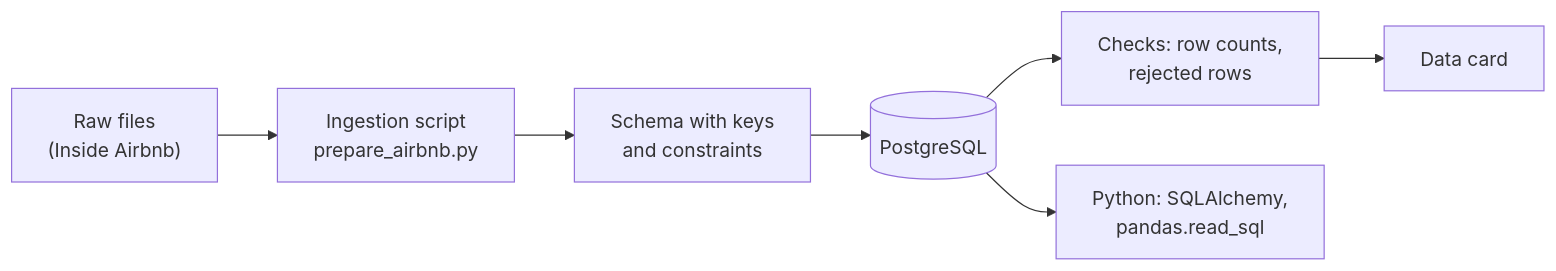
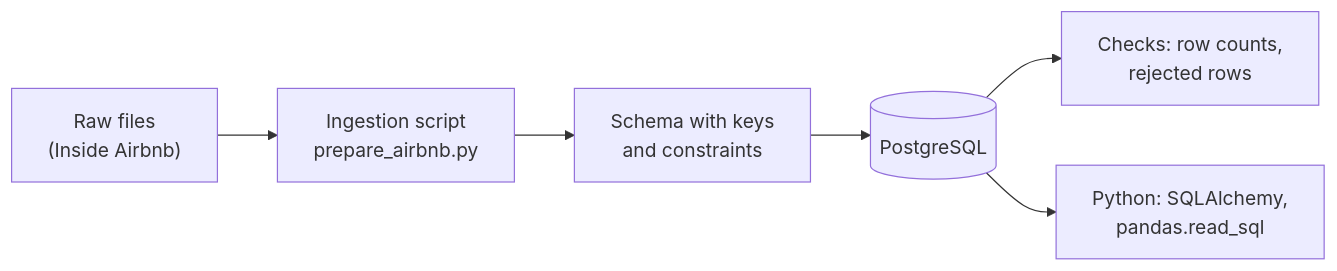
Before and after one commit to khoadaniel/statistical-programming-mpmd-htw-ws-2026: the first of 4 diagrams in sessions/03-sql-and-polars/theory/02-sql-from-python-and-ingestion.md, drawn with Mermaid. The commit also changed other lines of this file and 32 other files, not shown here.

````diff
--- a/sessions/03-sql-and-polars/theory/02-sql-from-python-and-ingestion.md
+++ b/sessions/03-sql-and-polars/theory/02-sql-from-python-and-ingestion.md
@@ -5,9 +5,8 @@
 ```mermaid
 flowchart LR
     RAW["Raw files<br/>(Inside Airbnb)"] --> SCRIPT["Ingestion script<br/>prepare_airbnb.py"]
     SCRIPT --> SCHEMA["Schema with keys<br/>and constraints"]
     SCHEMA --> DB[("PostgreSQL")]
     DB --> CHECK["Checks: row counts,<br/>rejected rows"]
-    CHECK --> CARD["Data card"]
     DB --> PY["Python: SQLAlchemy,<br/>pandas.read_sql"]
 ```
````
